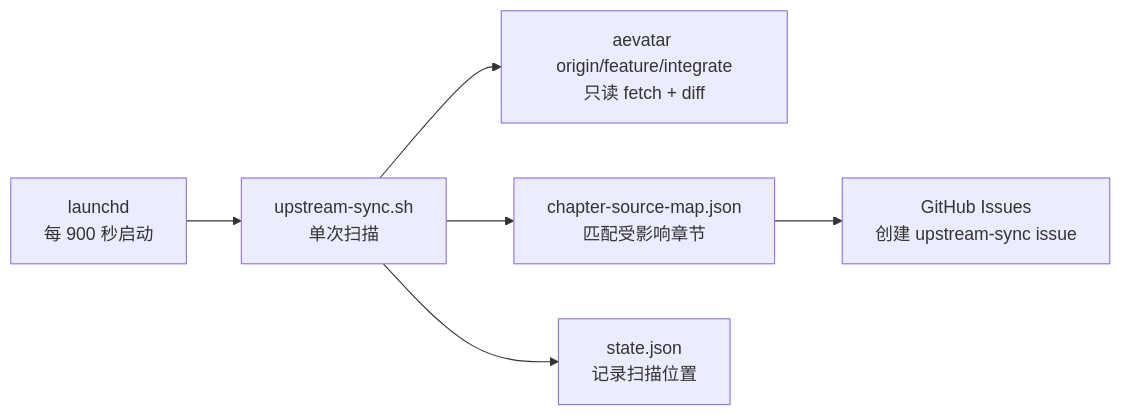
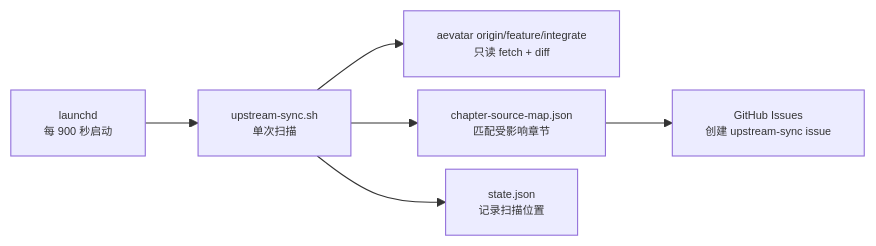
The diagram in docs/upstream-sync.md (eanzhao-os/aevatar-review), drawn with Mermaid before and after one commit. The commit also changed other lines of this file, not shown here.

````diff
--- a/docs/upstream-sync.md
+++ b/docs/upstream-sync.md
@@ -13,8 +13,9 @@
 ```mermaid
+%%{init: {"maxTextSize": 100000, "flowchart": {"useMaxWidth": false, "nodeSpacing": 12, "rankSpacing": 48}, "themeVariables": {"fontSize": "10px"}}}%%
 flowchart LR
     L["launchd\n每 900 秒启动"] --> S["upstream-sync.sh\n单次扫描"]
     S --> U["aevatar origin/feature/integrate\n只读 fetch + diff"]
     S --> M["chapter-source-map.json\n匹配受影响章节"]
     M --> G["GitHub Issues\n创建 upstream-sync issue"]
     S --> X["state.json\n记录扫描位置"]
 ```
````
